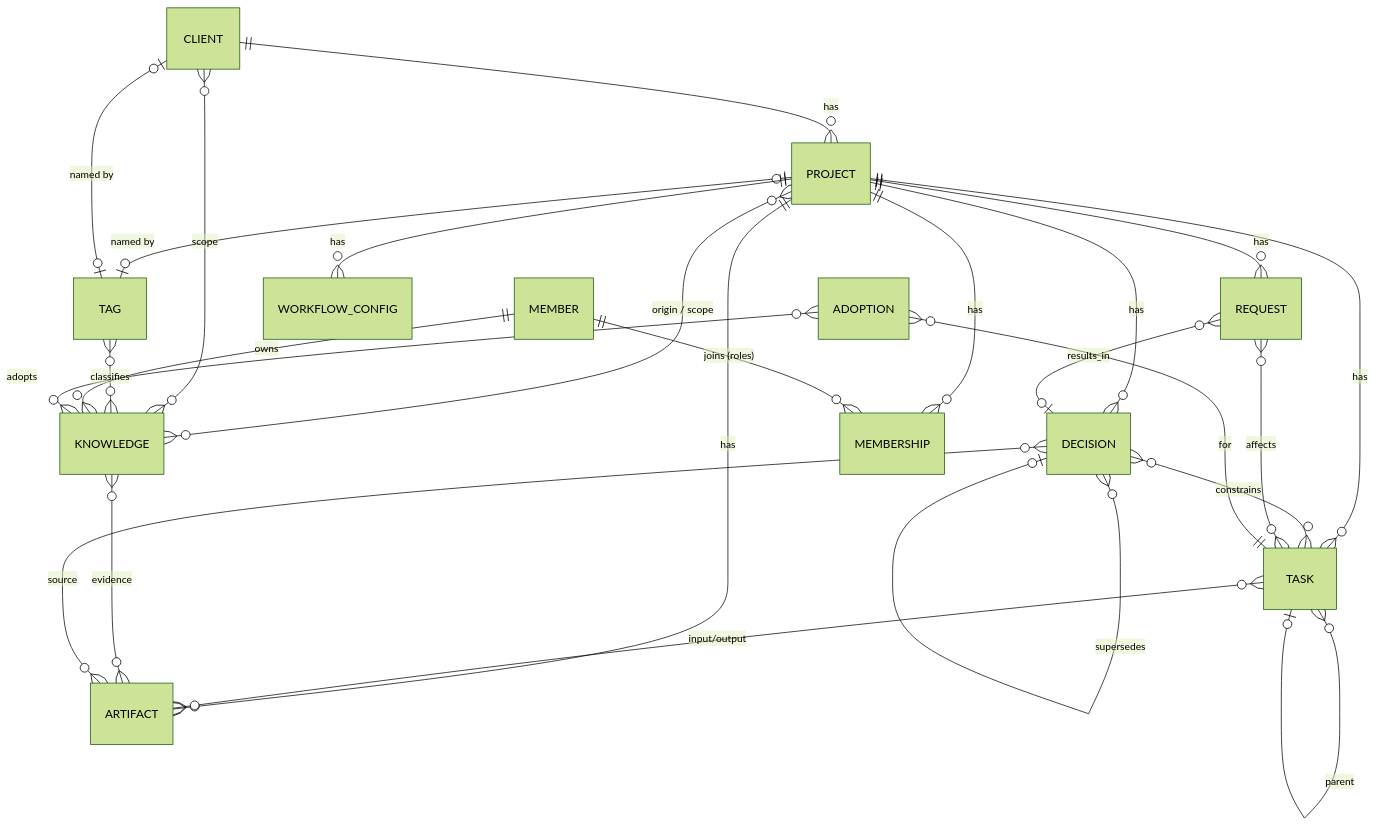
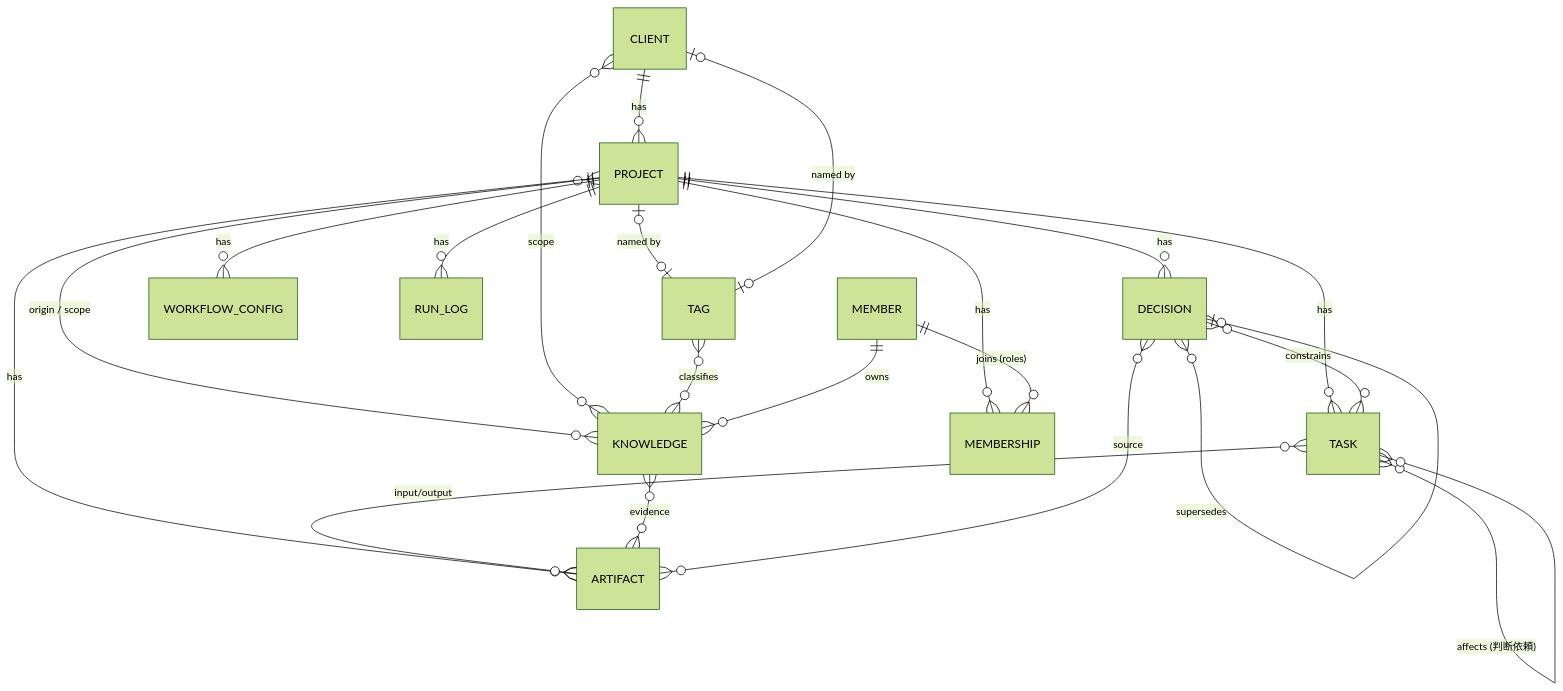
The second of 3 diagrams in docs/requirements.md (TomokiIshimine/act-teamwork), drawn with Mermaid (forest theme) before and after one commit. The commit also changed other lines of this file and 15 other files, not shown here.

````diff
--- a/docs/requirements.md
+++ b/docs/requirements.md
@@ -374,27 +374,24 @@
 ```mermaid
 erDiagram
     PROJECT ||--o{ DECISION : has
     PROJECT ||--o{ TASK : has
     CLIENT ||--o{ PROJECT : has
     PROJECT }o--o{ KNOWLEDGE : "origin / scope"
     CLIENT }o--o{ KNOWLEDGE : scope
     TAG }o--o{ KNOWLEDGE : classifies
     PROJECT |o--o| TAG : "named by"
     CLIENT |o--o| TAG : "named by"
     PROJECT ||--o{ ARTIFACT : has
-    PROJECT ||--o{ REQUEST : has
     PROJECT ||--o{ MEMBERSHIP : has
     PROJECT ||--o{ WORKFLOW_CONFIG : has
+    PROJECT ||--o{ RUN_LOG : has
     MEMBER ||--o{ MEMBERSHIP : "joins (roles)"
     MEMBER ||--o{ KNOWLEDGE : owns
     DECISION }o--o{ TASK : constrains
     DECISION }o--o| DECISION : supersedes
     TASK }o--o| TASK : parent
     TASK }o--o{ ARTIFACT : "input/output"
     KNOWLEDGE }o--o{ ARTIFACT : evidence
     DECISION }o--o{ ARTIFACT : source
-    REQUEST }o--o{ TASK : affects
-    REQUEST }o--o| DECISION : results_in
-    ADOPTION }o--|| TASK : for
-    ADOPTION }o--o{ KNOWLEDGE : adopts
+    TASK }o--o{ TASK : "affects (判断依頼)"
 ```
````
